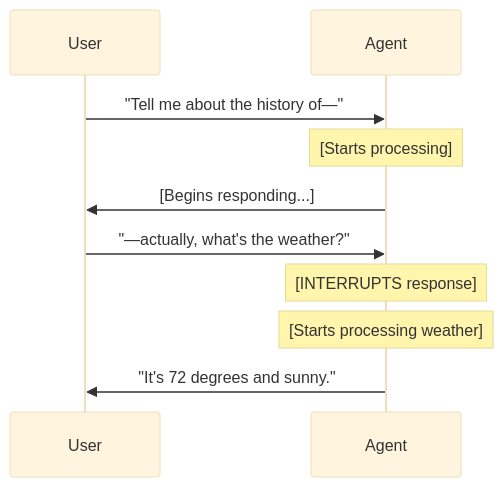
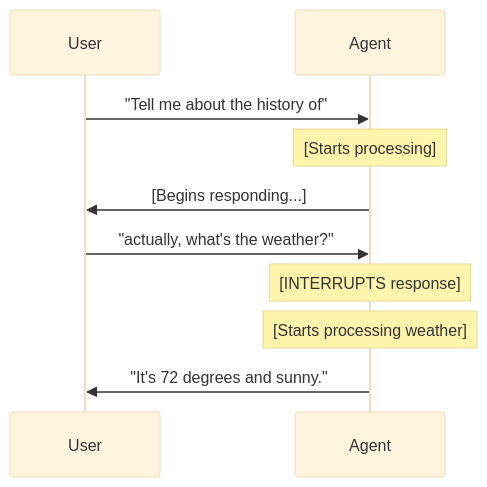
Before and after one commit to Sachinchaurasiya360/Article: the fourth of 6 diagrams in Voice-Agents/voice-agent-deep-dive-part-9.md, drawn with Mermaid (base theme). The commit also changed other lines of this file and 73 other files, not shown here.

````diff
--- a/Voice-Agents/voice-agent-deep-dive-part-9.md
+++ b/Voice-Agents/voice-agent-deep-dive-part-9.md
@@ -1614,13 +1614,13 @@
 ```mermaid
 sequenceDiagram
     participant U as User
     participant A as Agent
 
-    U->>A: "Tell me about the history of—"
+    U->>A: "Tell me about the history of"
     Note over A: [Starts processing]
     A->>U: [Begins responding...]
-    U->>A: "—actually, what's the weather?"
+    U->>A: "actually, what's the weather?"
     Note over A: [INTERRUPTS response]
     Note over A: [Starts processing weather]
     A->>U: "It's 72 degrees and sunny."
 ```
````
